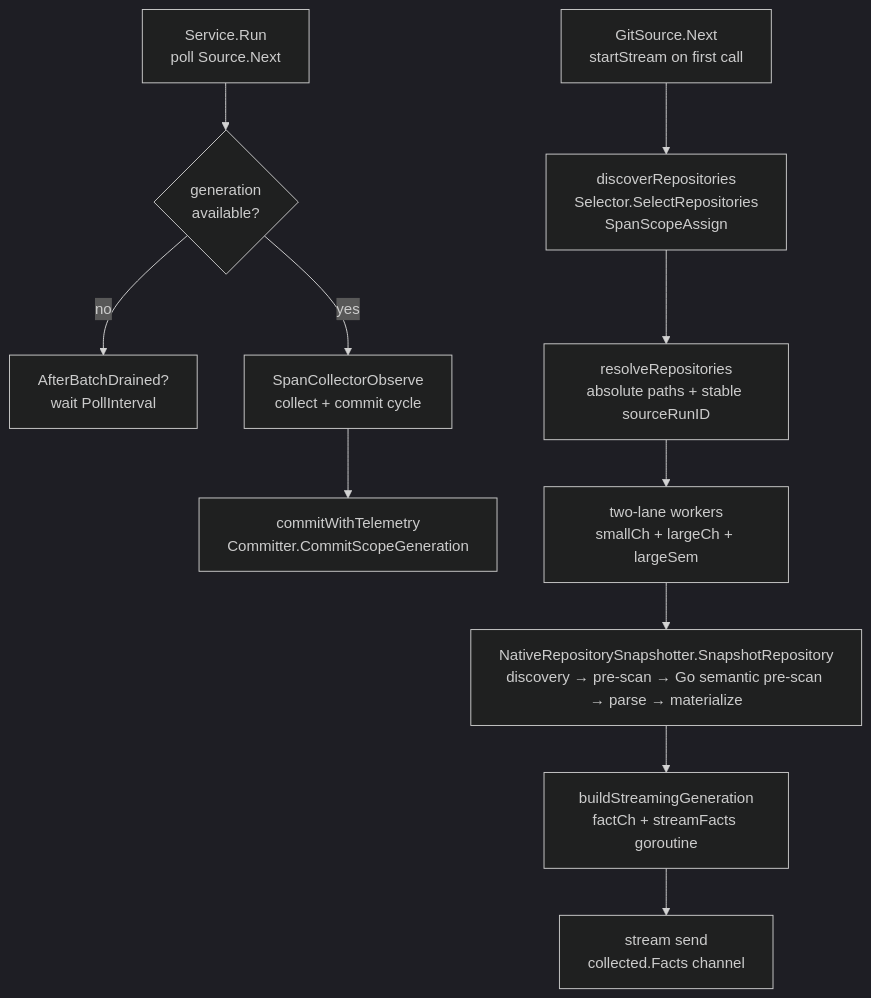
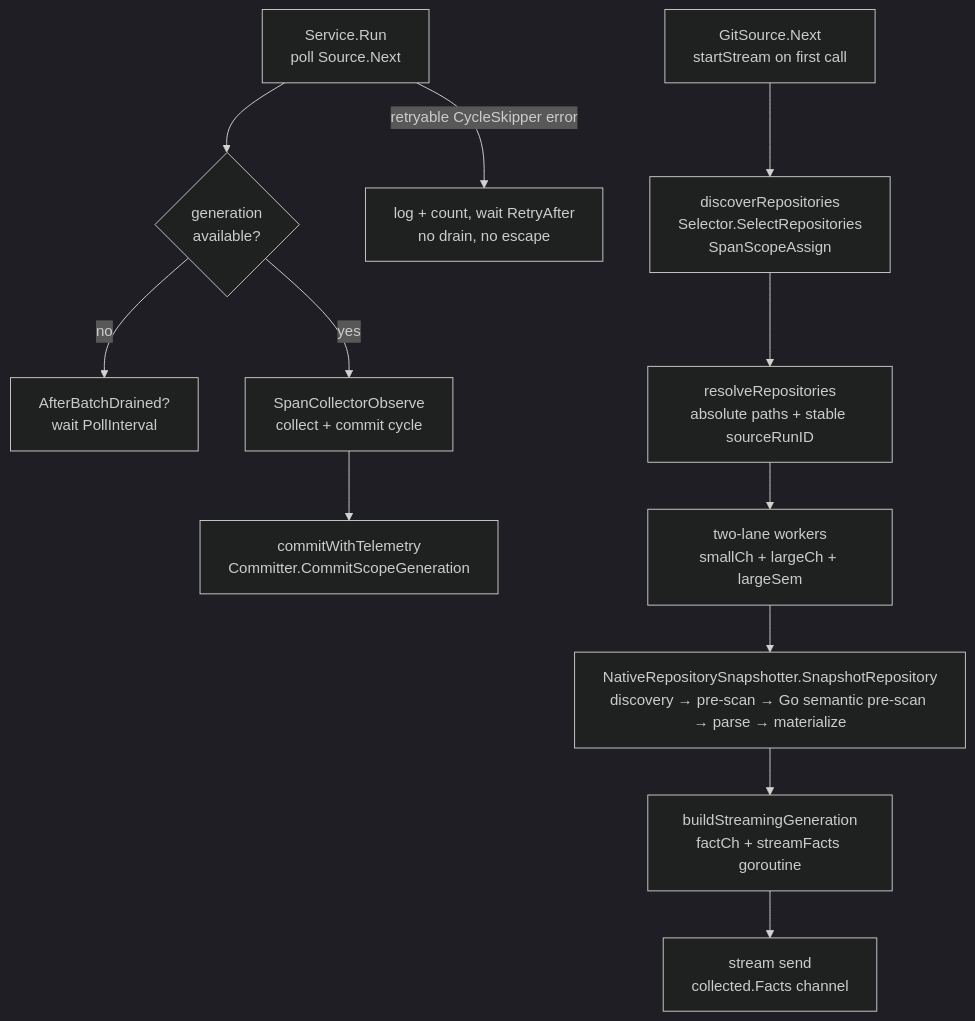
Before and after one commit to eshu-hq/eshu: the second of 2 diagrams in go/internal/collector/README.md, drawn with Mermaid (dark theme). The commit also changed other lines of this file and 20 other files, not shown here.

````diff
--- a/go/internal/collector/README.md
+++ b/go/internal/collector/README.md
@@ -27,13 +27,14 @@
 ```mermaid
 flowchart TB
   A["Service.Run\npoll Source.Next"] --> B{"generation\navailable?"}
   B -- no --> C["AfterBatchDrained?\nwait PollInterval"]
+  A -- "retryable CycleSkipper error" --> R["log + count, wait RetryAfter\nno drain, no escape"]
   B -- yes --> D["SpanCollectorObserve\ncollect + commit cycle"]
   D --> E["commitWithTelemetry\nCommitter.CommitScopeGeneration"]
   A2["GitSource.Next\nstartStream on first call"] --> F["discoverRepositories\nSelector.SelectRepositories\nSpanScopeAssign"]
   F --> G["resolveRepositories\nabsolute paths + stable sourceRunID"]
   G --> H["two-lane workers\nsmallCh + largeCh + largeSem"]
   H --> I["NativeRepositorySnapshotter.SnapshotRepository\ndiscovery → pre-scan → Go semantic pre-scan → parse → materialize"]
   I --> J["buildStreamingGeneration\nfactCh + streamFacts goroutine"]
   J --> K["stream send\ncollected.Facts channel"]
 ```
````
